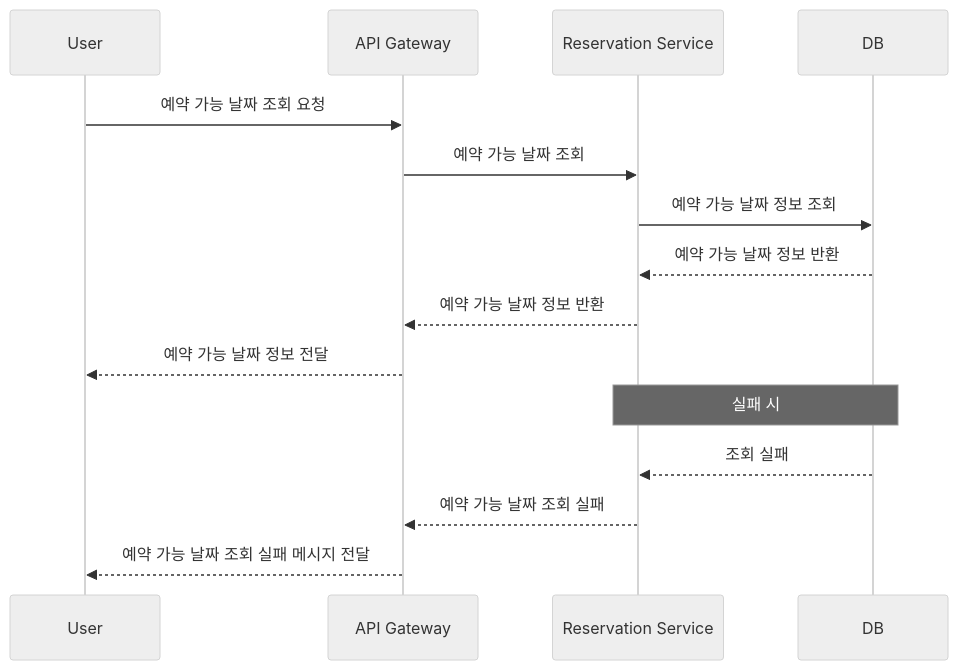
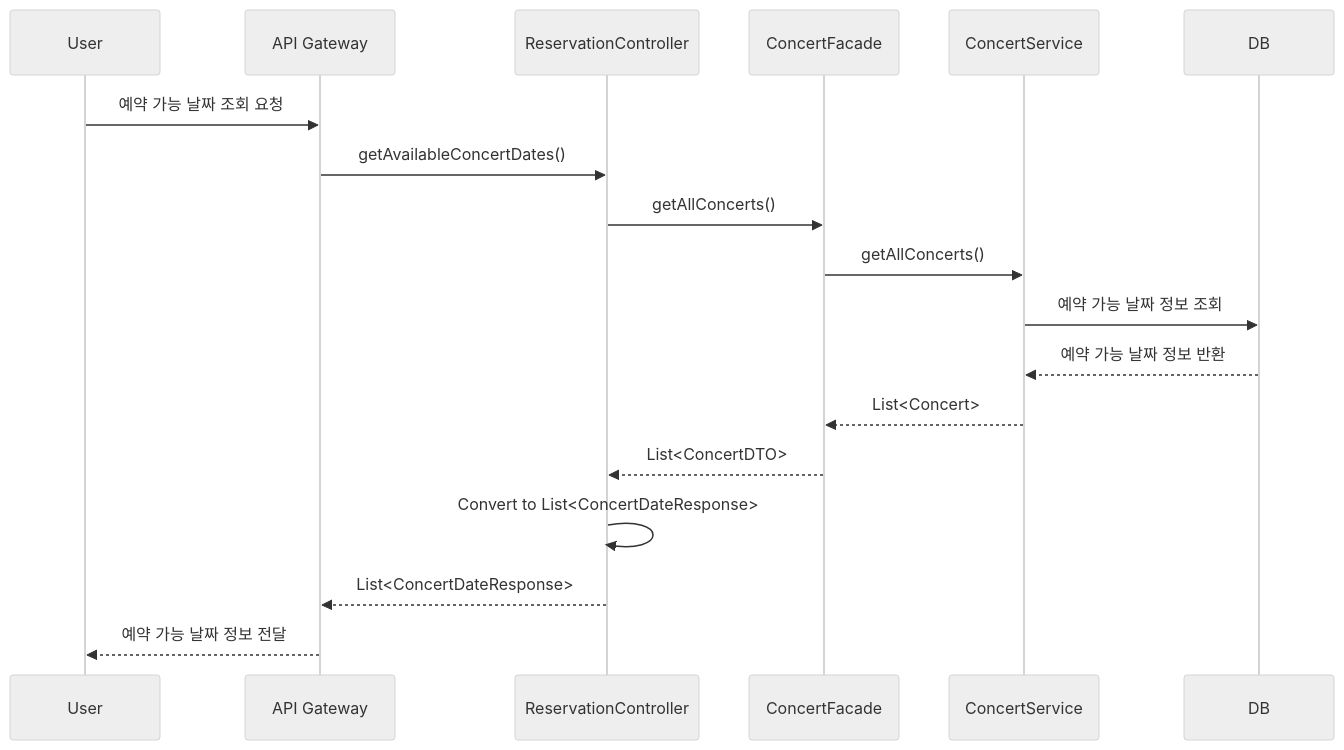
One commit to ghwoo93/hhplus-concert-3week changed the third of 10 diagrams in README.md. Above: the diagram before and after it, drawn with Mermaid (neutral theme). The commit also changed other lines of this file, not shown here.

````diff
--- a/README.md
+++ b/README.md
@@ -367,20 +363,21 @@
 ```mermaid
 sequenceDiagram
     participant User
     participant API Gateway
-    participant Reservation Service
+    participant ReservationController
+    participant ConcertFacade
+    participant ConcertService
     participant DB
 
     User->>API Gateway: 예약 가능 날짜 조회 요청
-    API Gateway->>Reservation Service: 예약 가능 날짜 조회
-    Reservation Service->>DB: 예약 가능 날짜 정보 조회
-    DB-->>Reservation Service: 예약 가능 날짜 정보 반환
-    Reservation Service-->>API Gateway: 예약 가능 날짜 정보 반환
+    API Gateway->>ReservationController: getAvailableConcertDates()
+    ReservationController->>ConcertFacade: getAllConcerts()
+    ConcertFacade->>ConcertService: getAllConcerts()
+    ConcertService->>DB: 예약 가능 날짜 정보 조회
+    DB-->>ConcertService: 예약 가능 날짜 정보 반환
+    ConcertService-->>ConcertFacade: List<Concert>
+    ConcertFacade-->>ReservationController: List<ConcertDTO>
+    ReservationController->>ReservationController: Convert to List<ConcertDateResponse>
+    ReservationController-->>API Gateway: List<ConcertDateResponse>
     API Gateway-->>User: 예약 가능 날짜 정보 전달
-
-    Note over Reservation Service,DB: 실패 시
-    DB-->>Reservation Service: 조회 실패
-    Reservation Service-->>API Gateway: 예약 가능 날짜 조회 실패
-    API Gateway-->>User: 예약 가능 날짜 조회 실패 메시지 전달
-
 ```
````
